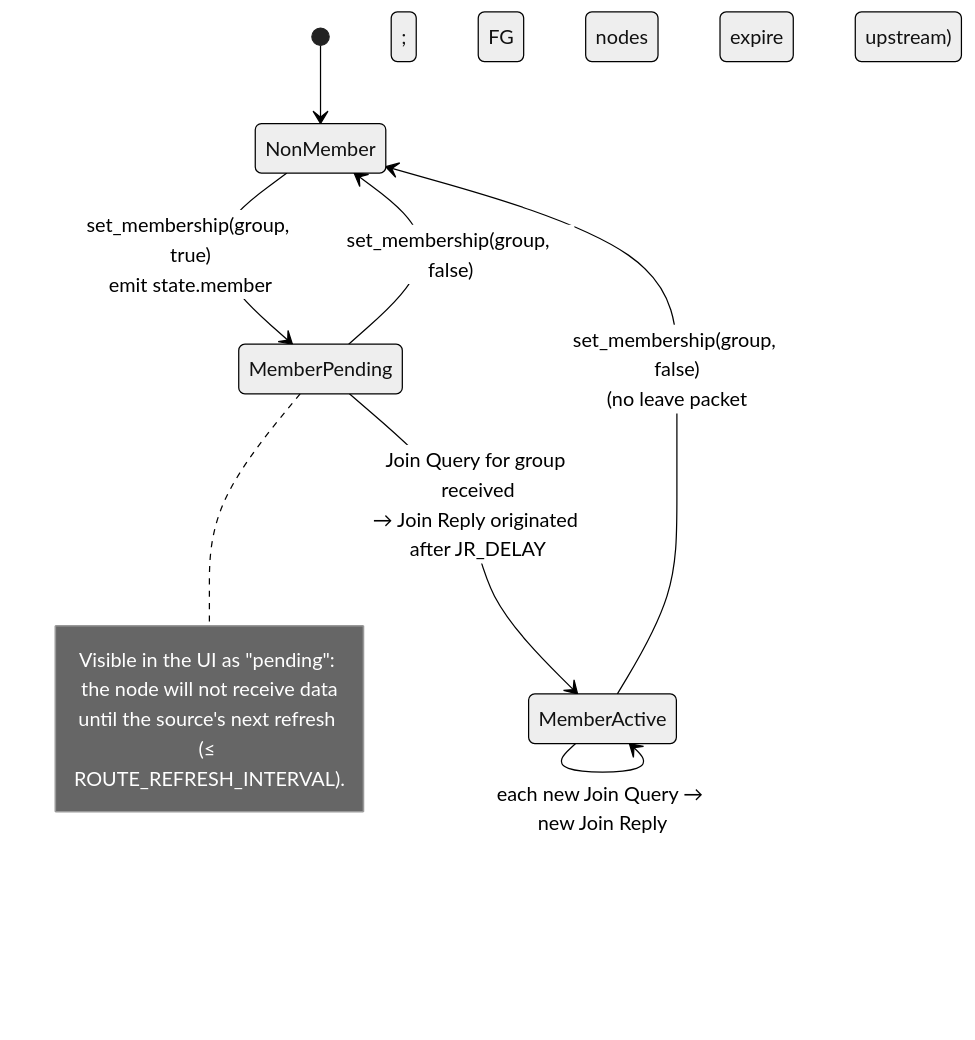
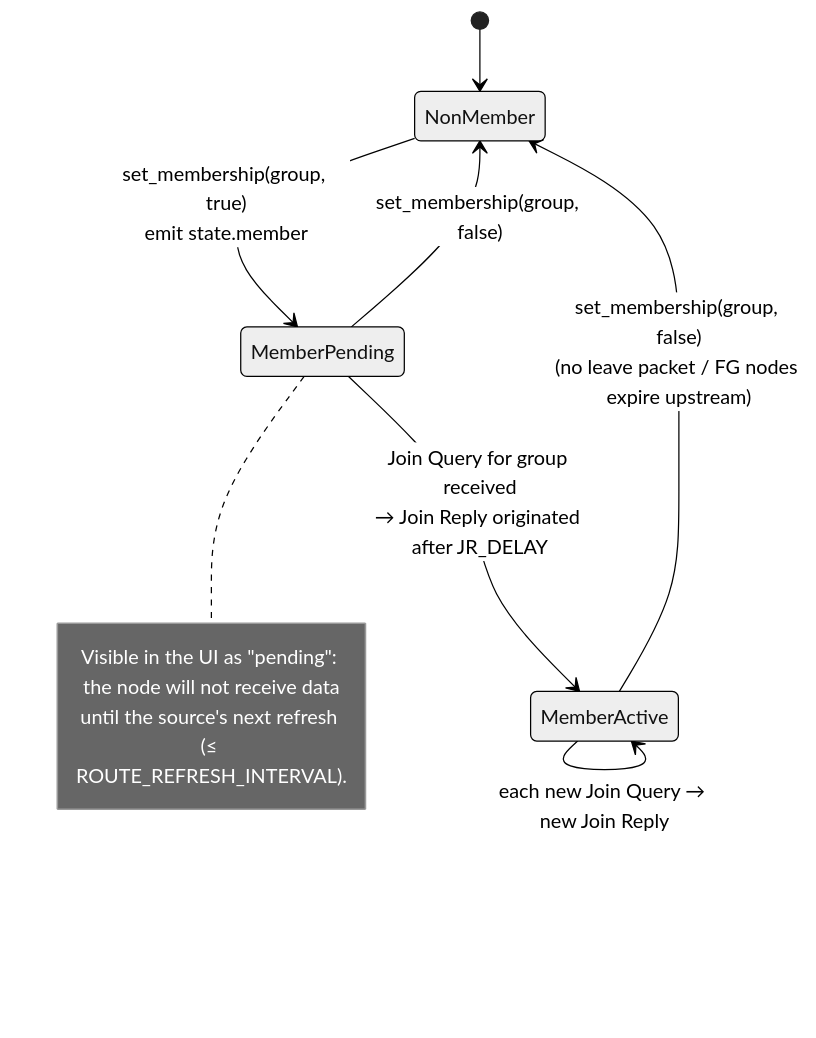
The fourth of 7 diagrams in docs/architecture/04-state-machines.md (mowgli42/odmrp-python-prototype), drawn with Mermaid (neutral theme) before and after one commit. The commit also changed other lines of this file and 10 other files, not shown here.

First line of the commit message:
Fix Mermaid parse errors; link README and beads.md to review docs and bead IDs

````diff
--- a/docs/architecture/04-state-machines.md
+++ b/docs/architecture/04-state-machines.md
@@ -55,13 +55,13 @@
 ```mermaid
 stateDiagram-v2
   [*] --> NonMember
   NonMember --> MemberPending : set_membership(group, true)<br/>emit state.member
   MemberPending --> MemberActive : Join Query for group received<br/>→ Join Reply originated after JR_DELAY
   MemberActive --> MemberActive : each new Join Query → new Join Reply
-  MemberActive --> NonMember : set_membership(group, false)<br/>(no leave packet; FG nodes expire upstream)
+  MemberActive --> NonMember : set_membership(group, false)<br/>(no leave packet / FG nodes expire upstream)
   MemberPending --> NonMember : set_membership(group, false)
   note right of MemberPending
     Visible in the UI as "pending": the node will not receive data
     until the source's next refresh (≤ ROUTE_REFRESH_INTERVAL).
   end note
 ```
````
